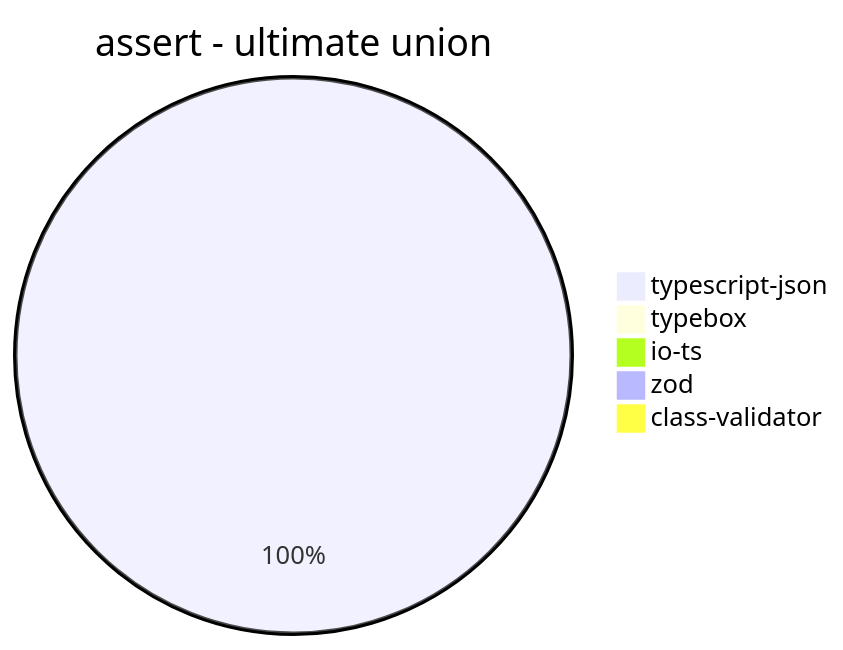
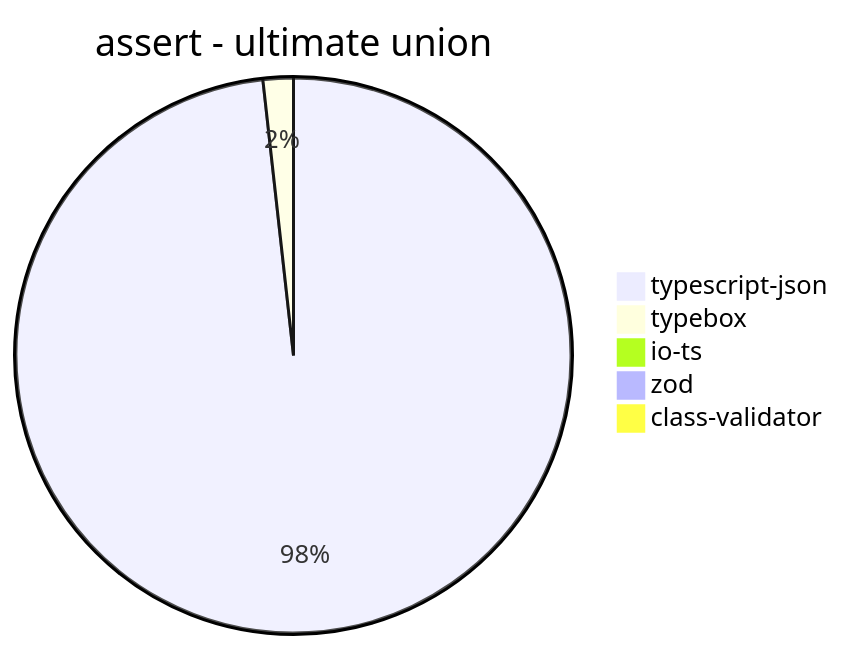
Before and after one commit to samchon/typia: diagram 16 of 39 in benchmark/results/11th Gen Intel(R) Core(TM) i5-1135G7 @ 2.40GHz.md, drawn with Mermaid. The commit also changed other lines of this file and 7 other files, not shown here.

````diff
--- a/benchmark/results/11th Gen Intel(R) Core(TM) i5-1135G7 @ 2.40GHz.md
+++ b/benchmark/results/11th Gen Intel(R) Core(TM) i5-1135G7 @ 2.40GHz.md
@@ -196,8 +196,8 @@
 ```mermaid
 pie title assert - ultimate union
-  "typescript-json": 230.2132273220094
-  "typebox": 0
+  "typescript-json": 224.50100714154917
+  "typebox": 4.027828634199927
   "io-ts": 0
-  "zod": 0
+  "zod": 0.34831069313827934
   "class-validator": 0
 ```
````
